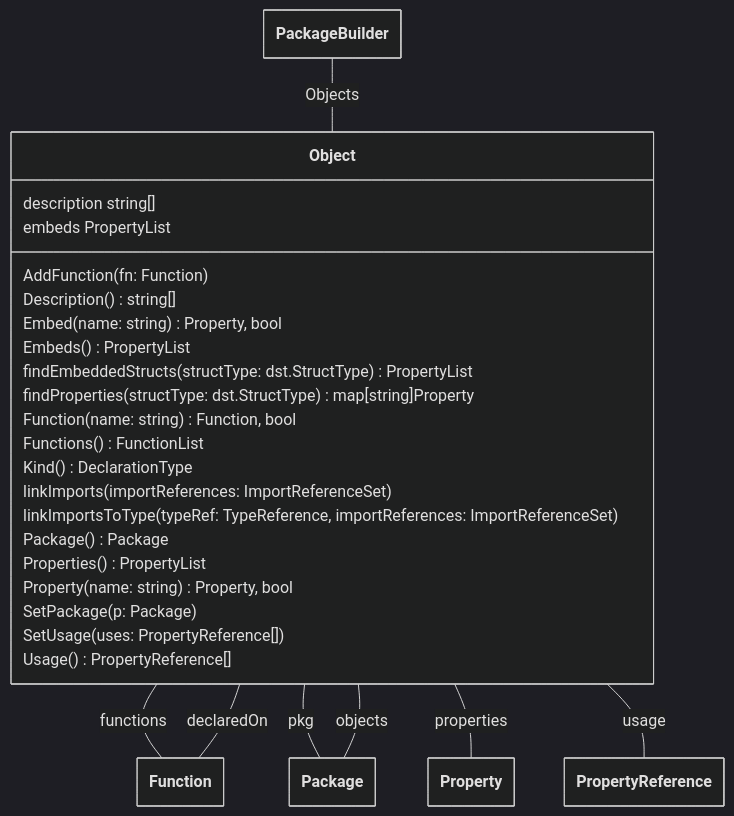
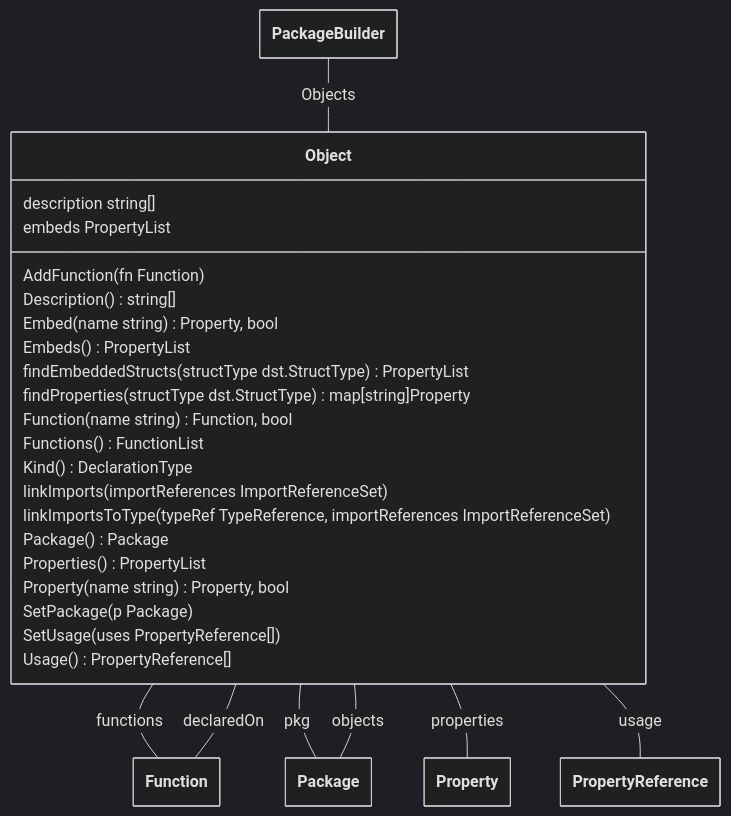
The seventh of 17 diagrams in docs/model/model.md (theunrepentantgeek/crddoc), drawn with Mermaid (dark theme) before and after one commit. The commit also changed other lines of this file, not shown here.

````diff
--- a/docs/model/model.md
+++ b/docs/model/model.md
@@ -337,50 +337,50 @@
 ```mermaid
 ---
   config:
     class:
       hideEmptyMembersBox: true
 ---
 classDiagram
 
 class Object["Object"]{  
       description string[]  
       embeds PropertyList  
-      AddFunction(fn: Function)  
+      AddFunction(fn Function)  
       Description()string[]  
-      Embed(name: string)Property, bool  
+      Embed(name string)Property, bool  
       Embeds()PropertyList  
-      findEmbeddedStructs(structType: dst.StructType)PropertyList  
-      findProperties(structType: dst.StructType)map[string]Property  
-      Function(name: string)Function, bool  
+      findEmbeddedStructs(structType dst.StructType)PropertyList  
+      findProperties(structType dst.StructType)map[string]Property  
+      Function(name string)Function, bool  
       Functions()FunctionList  
       Kind()DeclarationType  
-      linkImports(importReferences: ImportReferenceSet)  
-      linkImportsToType(typeRef: TypeReference, importReferences: ImportReferenceSet)  
+      linkImports(importReferences ImportReferenceSet)  
+      linkImportsToType(typeRef TypeReference, importReferences ImportReferenceSet)  
       Package()Package  
       Properties()PropertyList  
-      Property(name: string)Property, bool  
-      SetPackage(p: Package)  
-      SetUsage(uses: PropertyReference[])  
+      Property(name string)Property, bool  
+      SetPackage(p Package)  
+      SetUsage(uses PropertyReference[])  
       Usage()PropertyReference[]
 
 
 } 
 
 Function -- Object : declaredOn 
 Package -- Object : objects 
 PackageBuilder -- Object : Objects 
 
 Object -- Function : functions 
 Object -- Package : pkg 
 Object -- Property : properties 
 Object -- PropertyReference : usage 
 
 class Function["Function"]
 class Package["Package"]
 class PackageBuilder["PackageBuilder"]
 class Function["Function"]
 class Package["Package"]
 class Property["Property"]
 class PropertyReference["PropertyReference"]
 
 ```
````
